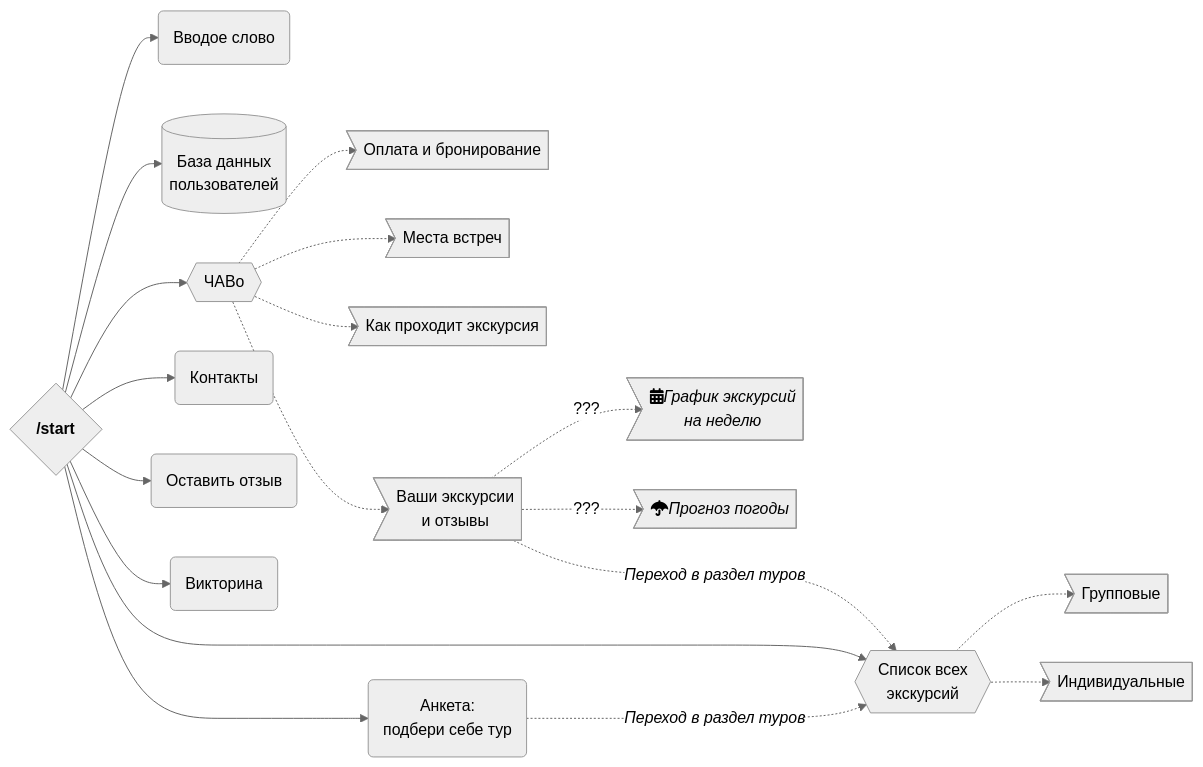
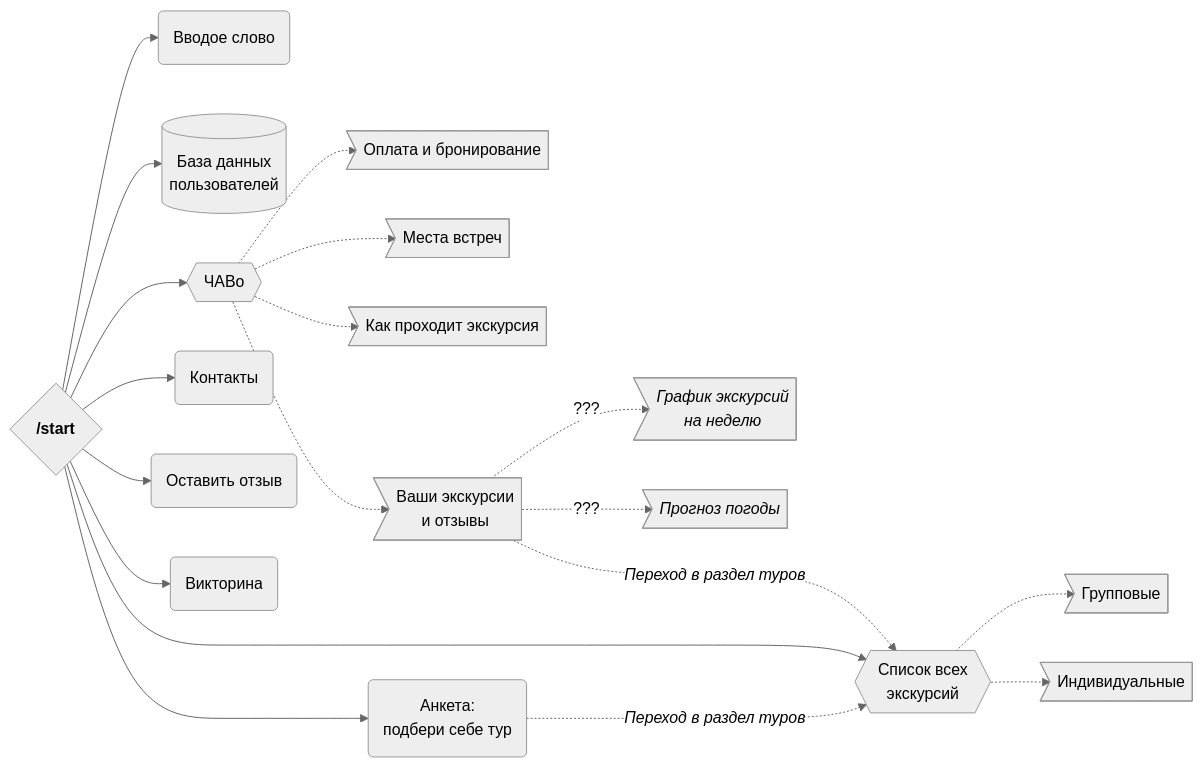
Before and after one commit to tropintropin/telegram_bot_peshehod_chat: the second of 2 diagrams in README.md, drawn with Mermaid (neutral theme). The commit also changed other lines of this file, not shown here.

````diff
--- a/README.md
+++ b/README.md
@@ -37,22 +54,22 @@
 ```mermaid
 graph LR
     id0{<strong>/start</strong>}
     id0 --> id1(Вводое слово)
     id0 --> id8[(База данных<br>пользователей)]
     id0 --> id2{{ЧАВо}}
         id2 -.-> id20>Оплата и бронирование]
         id2 -.-> id21>Места встреч]
         id2 -.-> id22>Как проходит экскурсия]
         id2 -.-> id23>Ваши экскурсии<br>и отзывы]
-            id23 -.->|???| id232>fa:fa-calendar-alt<i>График экскурсий<br>на неделю</i>]
-            id23 -.->|???| id230>fa:fa-umbrella<i>Прогноз погоды</i>]
+            id23 -.->|???| id232><i>График экскурсий<br>на неделю</i>]
+            id23 -.->|???| id230><i>Прогноз погоды</i>]
             id23 -..->|<i>Переход в раздел туров</i>| id7
     id0 --> id7{{Список всех<br>экскурсий}}
         id7 -.-> id71>Групповые]
         id7 -.-> id72>Индивидуальные]
     id0 --> id3(Контакты)
     id0 --> id4(Оставить отзыв)
     id0 --> id5(Анкета:<br>подбери себе тур)
         id5 -..->|<i>Переход в раздел туров</i>| id7
     id0 --> id6(Викторина)
 ```
````
